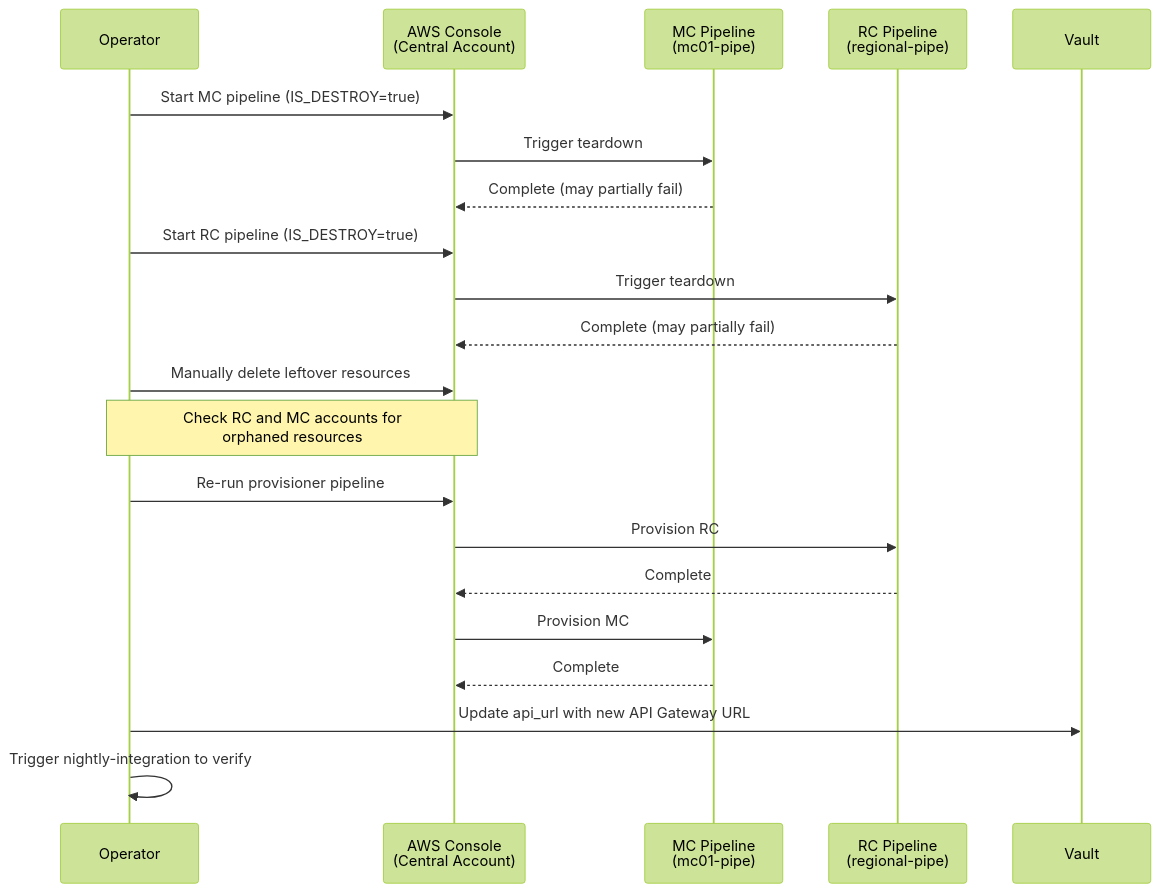
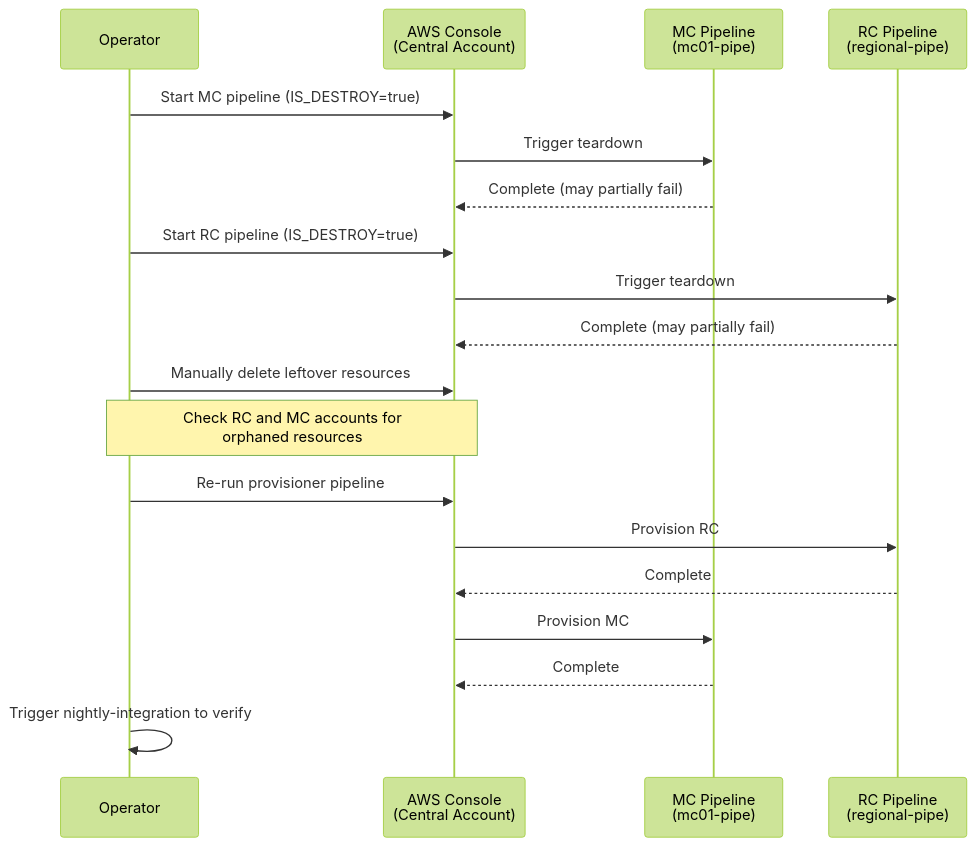
The diagram in docs/sop/rebuild-integration.md (ravitri/rosa-regional-platform), drawn with Mermaid (forest theme) before and after one commit. The commit also changed other lines of this file, not shown here.

First line of the commit message:
fix: remove Vault api_url update from rebuild SOP

````diff
--- a/docs/sop/rebuild-integration.md
+++ b/docs/sop/rebuild-integration.md
@@ -15,24 +14,21 @@
 ```mermaid
 sequenceDiagram
     participant Operator
     participant Console as AWS Console<br/>(Central Account)
     participant MC as MC Pipeline<br/>(mc01-pipe)
     participant RC as RC Pipeline<br/>(regional-pipe)
-    participant Vault
-
     Operator->>Console: Start MC pipeline (IS_DESTROY=true)
     Console->>MC: Trigger teardown
     MC-->>Console: Complete (may partially fail)
     Operator->>Console: Start RC pipeline (IS_DESTROY=true)
     Console->>RC: Trigger teardown
     RC-->>Console: Complete (may partially fail)
     Operator->>Console: Manually delete leftover resources
     Note over Operator,Console: Check RC and MC accounts for<br/>orphaned resources
     Operator->>Console: Re-run provisioner pipeline
     Console->>RC: Provision RC
     RC-->>Console: Complete
     Console->>MC: Provision MC
     MC-->>Console: Complete
-    Operator->>Vault: Update api_url with new API Gateway URL
     Operator->>Operator: Trigger nightly-integration to verify
 ```
````
